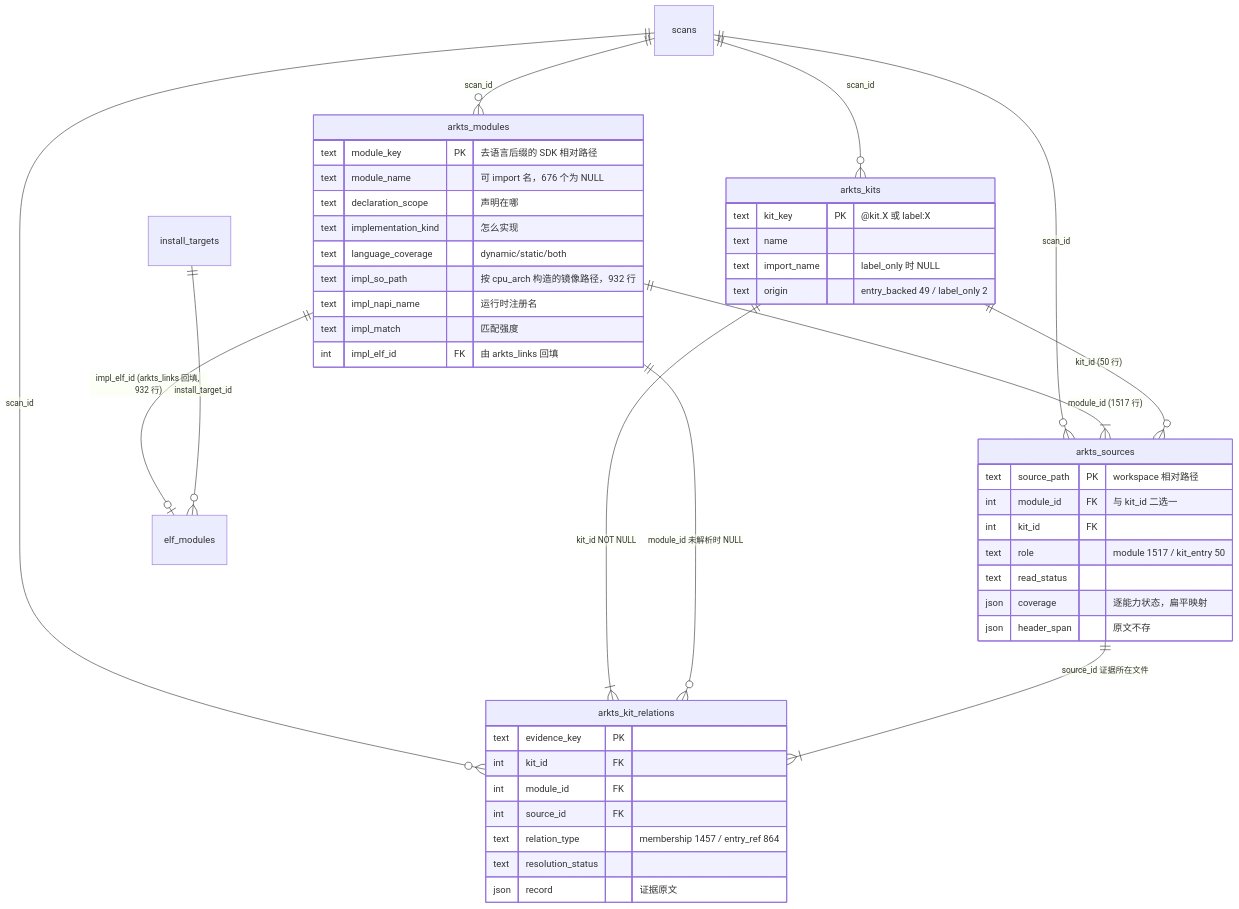
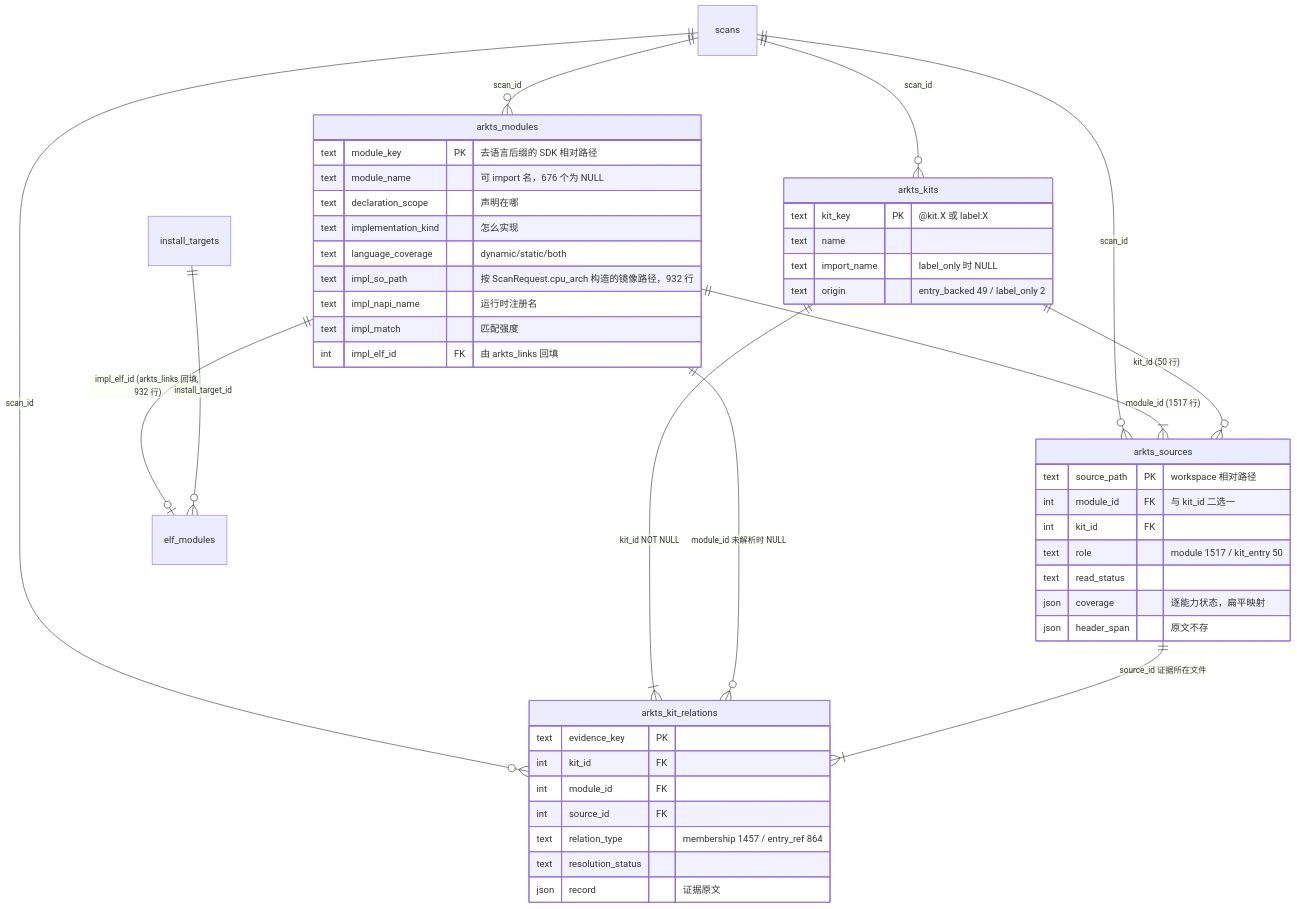
One commit to eclipse-oniro-mirrors/developtools_integration_verification changed the diagram in tools/oskm/oskm/collectors/arkts/data-model-review.md. Above: the diagram before and after it, drawn with Mermaid. The commit also changed other lines of this file and 250 other files, not shown here.

````diff
--- a/tools/oskm/oskm/collectors/arkts/data-model-review.md
+++ b/tools/oskm/oskm/collectors/arkts/data-model-review.md
@@ -26,53 +26,53 @@
 ```mermaid
 erDiagram
     scans ||--o{ arkts_modules : scan_id
     scans ||--o{ arkts_kits : scan_id
     scans ||--o{ arkts_sources : scan_id
     scans ||--o{ arkts_kit_relations : scan_id
 
     arkts_modules      ||--|{ arkts_sources : "module_id (1517 行)"
     arkts_kits         ||--o{ arkts_sources : "kit_id (50 行)"
 
     arkts_modules      ||--o| elf_modules : "impl_elf_id (arkts_links 回填, 932 行)"
     install_targets    ||--o{ elf_modules : "install_target_id"
 
     arkts_kits         ||--|{ arkts_kit_relations : "kit_id  NOT NULL"
     arkts_modules      ||--o{ arkts_kit_relations : "module_id  未解析时 NULL"
     arkts_sources      ||--|{ arkts_kit_relations : "source_id  证据所在文件"
 
     arkts_modules {
         text module_key PK "去语言后缀的 SDK 相对路径"
         text module_name  "可 import 名，676 个为 NULL"
         text declaration_scope "声明在哪"
         text implementation_kind "怎么实现"
         text language_coverage "dynamic/static/both"
-        text impl_so_path "按 cpu_arch 构造的镜像路径，932 行"
+        text impl_so_path "按 ScanRequest.cpu_arch 构造的镜像路径，932 行"
         text impl_napi_name "运行时注册名"
         text impl_match "匹配强度"
         int  impl_elf_id FK "由 arkts_links 回填"
     }
     arkts_kits {
         text kit_key PK "@kit.X 或 label:X"
         text name
         text import_name "label_only 时 NULL"
         text origin "entry_backed 49 / label_only 2"
     }
     arkts_sources {
         text source_path PK "workspace 相对路径"
         int  module_id FK "与 kit_id 二选一"
         int  kit_id FK
         text role "module 1517 / kit_entry 50"
         text read_status
         json coverage "逐能力状态，扁平映射"
         json header_span "原文不存"
     }
     arkts_kit_relations {
         text evidence_key PK
         int  kit_id FK
         int  module_id FK
         int  source_id FK
         text relation_type "membership 1457 / entry_ref 864"
         text resolution_status
         json record "证据原文"
     }
 ```
````
